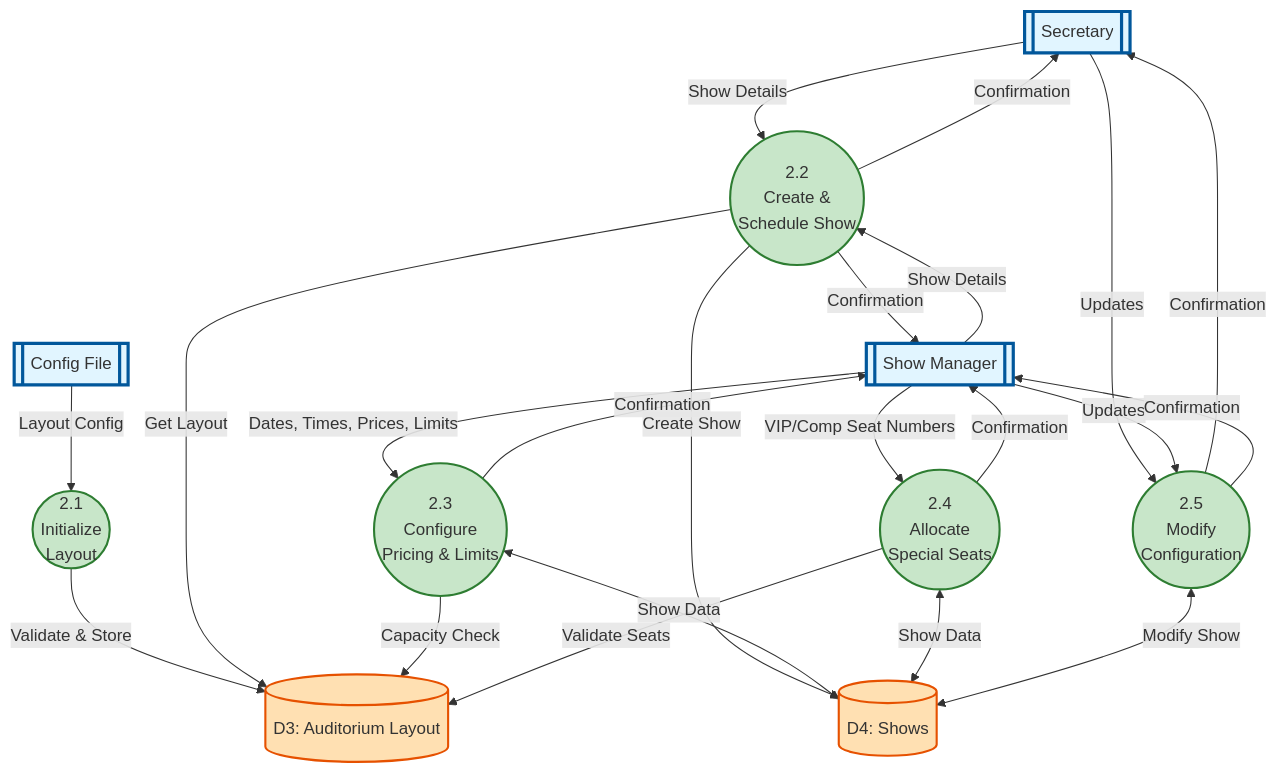
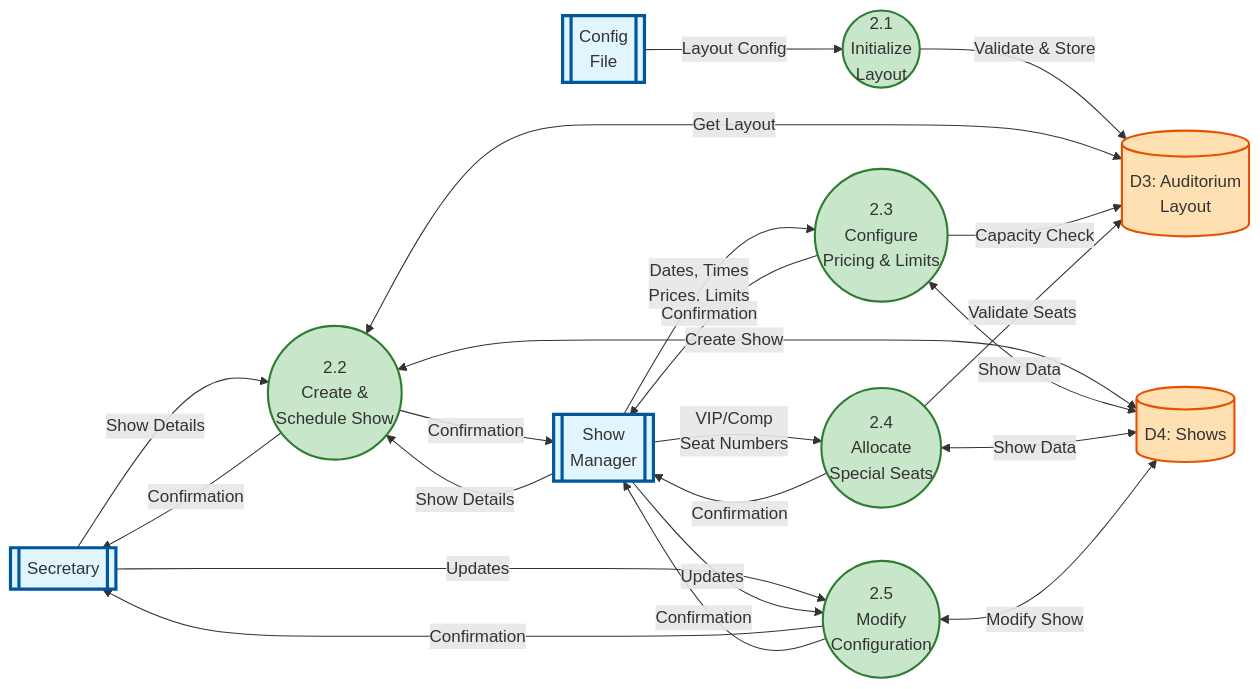
One commit to RachitKumar205/swe changed the diagram in DFD-L2-2-ShowManagement-Compact.mmd. Above: the diagram before and after it, drawn with Mermaid. The commit also changed 16 other files, not shown here.

Commit message:
fix: fix up diagrams a bit more

```diff
--- a/DFD-L2-2-ShowManagement-Compact.mmd
+++ b/DFD-L2-2-ShowManagement-Compact.mmd
@@ -1,47 +1,51 @@
-flowchart TB
+flowchart LR
+    %% Left - Inputs
+    ConfigFile[["Config<br/>File"]]
     Secretary[["Secretary"]]
-    ShowMgr[["Show Manager"]]
-    ConfigFile[["Config File"]]
+    ShowMgr[["Show<br/>Manager"]]
 
+    %% Center - Processes
     P21(("2.1<br/>Initialize<br/>Layout"))
     P22(("2.2<br/>Create &<br/>Schedule Show"))
     P23(("2.3<br/>Configure<br/>Pricing & Limits"))
     P24(("2.4<br/>Allocate<br/>Special Seats"))
     P25(("2.5<br/>Modify<br/>Configuration"))
 
-    D3[(D3: Auditorium Layout)]
+    %% Data Stores
+    D3[(D3: Auditorium<br/>Layout)]
     D4[(D4: Shows)]
 
+    %% Flows
     ConfigFile -->|Layout Config| P21
     P21 -->|Validate & Store| D3
 
     Secretary -->|Show Details| P22
     ShowMgr -->|Show Details| P22
-    P22 -->|Get Layout| D3
-    P22 -->|Create Show| D4
+    P22 <-->|Get Layout| D3
+    P22 <-->|Create Show| D4
     P22 -->|Confirmation| Secretary
     P22 -->|Confirmation| ShowMgr
 
-    ShowMgr -->|Dates, Times, Prices, Limits| P23
+    ShowMgr -->|Dates, Times<br/>Prices, Limits| P23
     P23 <-->|Show Data| D4
     P23 -->|Capacity Check| D3
     P23 -->|Confirmation| ShowMgr
 
-    ShowMgr -->|VIP/Comp Seat Numbers| P24
+    ShowMgr -->|VIP/Comp<br/>Seat Numbers| P24
     P24 <-->|Show Data| D4
     P24 -->|Validate Seats| D3
     P24 -->|Confirmation| ShowMgr
 
     Secretary -->|Updates| P25
     ShowMgr -->|Updates| P25
     P25 <-->|Modify Show| D4
     P25 -->|Confirmation| Secretary
     P25 -->|Confirmation| ShowMgr
 
     classDef external fill:#e1f5ff,stroke:#01579b,stroke-width:3px
     classDef process fill:#c8e6c9,stroke:#2e7d32,stroke-width:2px
     classDef datastore fill:#ffe0b2,stroke:#e65100,stroke-width:2px
 
     class Secretary,ShowMgr,ConfigFile external
     class P21,P22,P23,P24,P25 process
     class D3,D4 datastore
```
